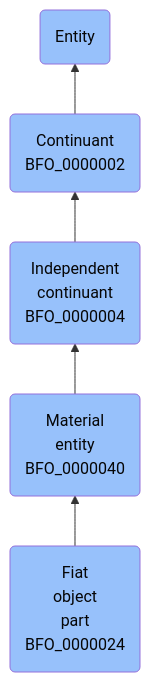
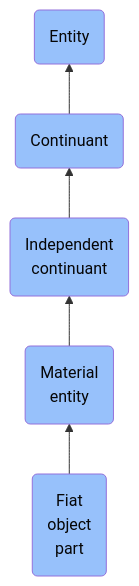
The diagram in docs/ontology/reference/model/Entity/Continuant/Independent continuant/Material entity/Fiat object part/Fiat object part.md (jupyter-naas/abi), drawn with Mermaid before and after one commit. The commit also changed other lines of this file and 1430 other files, not shown here.

````diff
--- a/docs/ontology/reference/model/Entity/Continuant/Independent continuant/Material entity/Fiat object part/Fiat object part.md
+++ b/docs/ontology/reference/model/Entity/Continuant/Independent continuant/Material entity/Fiat object part/Fiat object part.md
@@ -24,12 +24,12 @@
 ```mermaid
 graph BT
-    BFO_0000024(Fiat<br>object<br>part<br>BFO_0000024):::BFO-->BFO_0000040
-    BFO_0000040(Material<br>entity<br>BFO_0000040):::BFO-->BFO_0000004
-    BFO_0000004(Independent<br>continuant<br>BFO_0000004):::BFO-->BFO_0000002
-    BFO_0000002(Continuant<br>BFO_0000002):::BFO-->BFO_0000001
+    BFO_0000024(Fiat<br>object<br>part):::BFO-->BFO_0000040
+    BFO_0000040(Material<br>entity):::BFO-->BFO_0000004
+    BFO_0000004(Independent<br>continuant):::BFO-->BFO_0000002
+    BFO_0000002(Continuant):::BFO-->BFO_0000001
     BFO_0000001(Entity):::BFO
     
     classDef BFO fill:#97c1fb,color:#060606
     classDef CCO fill:#e4c51e,color:#060606
     classDef ABI fill:#48DD82,color:#060606
 ```
````
